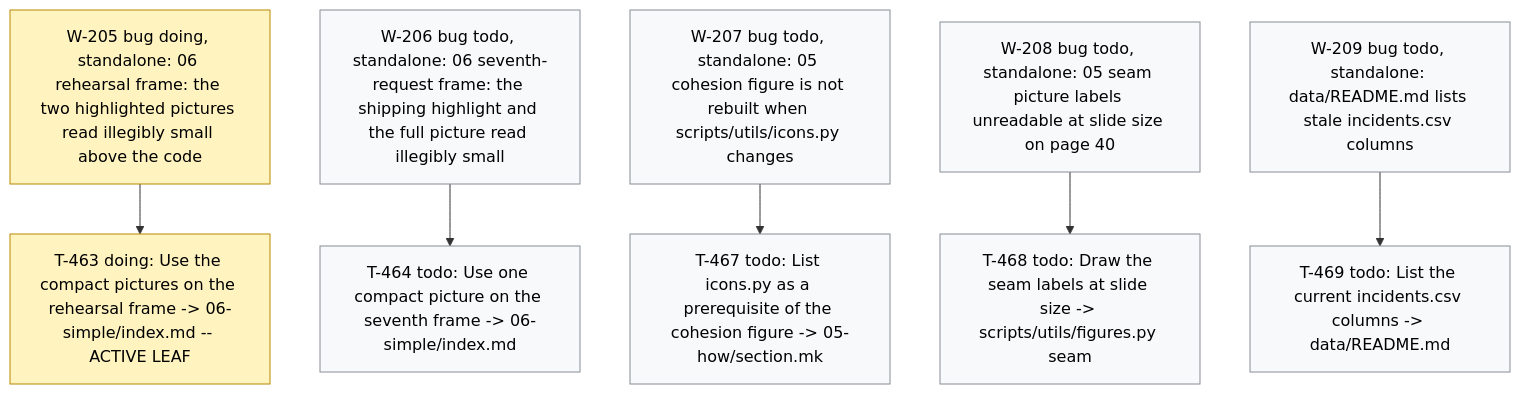
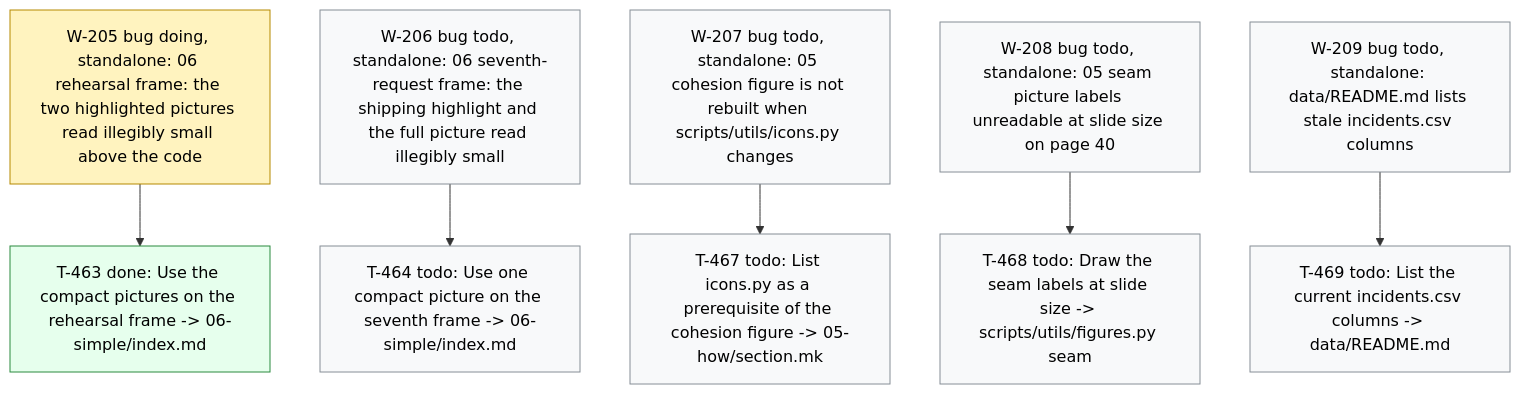
One commit to dpopchev/chaos-to-simple changed the diagram in .board/BOARD.md. Above: the diagram before and after it, drawn with Mermaid. The commit also changed other lines of this file and 1 other file, not shown here.

Commit message:
chore(board): close T-463 -- W-205 ready to land
Refs: W-205 T-463

````diff
--- a/.board/BOARD.md
+++ b/.board/BOARD.md
@@ -1212,20 +1212,21 @@
 ```mermaid
 flowchart TD
   W205["W-205 bug doing, standalone: 06 rehearsal frame: the two highlighted pictures read illegibly small above the code"]
-  W205 --> T463["T-463 doing: Use the compact pictures on the rehearsal frame -> 06-simple/index.md -- ACTIVE LEAF"]
+  W205 --> T463["T-463 done: Use the compact pictures on the rehearsal frame -> 06-simple/index.md"]
   W206["W-206 bug todo, standalone: 06 seventh-request frame: the shipping highlight and the full picture read illegibly small"]
   W206 --> T464["T-464 todo: Use one compact picture on the seventh frame -> 06-simple/index.md"]
   W207["W-207 bug todo, standalone: 05 cohesion figure is not rebuilt when scripts/utils/icons.py changes"]
   W207 --> T467["T-467 todo: List icons.py as a prerequisite of the cohesion figure -> 05-how/section.mk"]
   W208["W-208 bug todo, standalone: 05 seam picture labels unreadable at slide size on page 40"]
   W208 --> T468["T-468 todo: Draw the seam labels at slide size -> scripts/utils/figures.py seam"]
   W209["W-209 bug todo, standalone: data/README.md lists stale incidents.csv columns"]
   W209 --> T469["T-469 todo: List the current incidents.csv columns -> data/README.md"]
   classDef doing fill:#fff3bf,stroke:#b58900,color:#000;
   classDef blocked fill:#ffe3e3,stroke:#c92a2a,color:#000;
   classDef done fill:#e6ffed,stroke:#2b8a3e,color:#000;
   classDef todo fill:#f8f9fa,stroke:#868e96,color:#000;
   classDef pruned fill:#f1f3f5,stroke:#adb5bd,color:#000;
-  class W205,T463 doing
+  class W205 doing
+  class T463 done
   class W206,T464,W207,T467,W208,T468,W209,T469 todo
 ```
````
